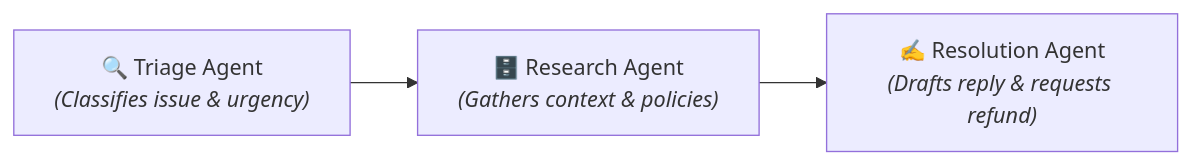
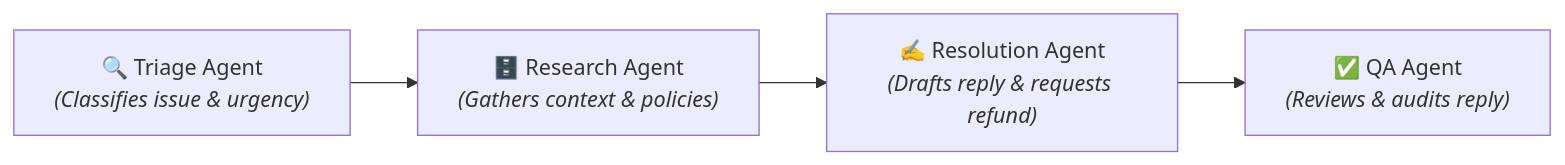
The first of 2 diagrams in README.md (github-hc/multiagent-ecommerce-support-system), drawn with Mermaid before and after one commit. The commit also changed other lines of this file and 3 other files, not shown here.

````diff
--- a/README.md
+++ b/README.md
@@ -11,5 +11,6 @@
 ```mermaid
 graph LR
     Triage["🔍 Triage Agent<br><i>(Classifies issue & urgency)</i>"] --> Research["🗄️ Research Agent<br><i>(Gathers context & policies)</i>"]
     Research --> Resolution["✍️ Resolution Agent<br><i>(Drafts reply & requests refund)</i>"]
+    Resolution --> QA["✅ QA Agent<br><i>(Reviews & audits reply)</i>"]
 ```
````
